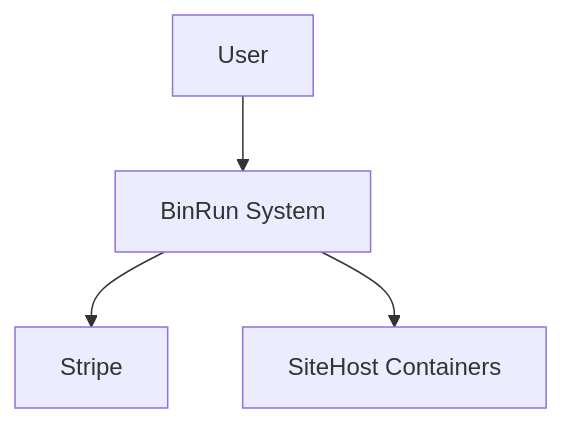
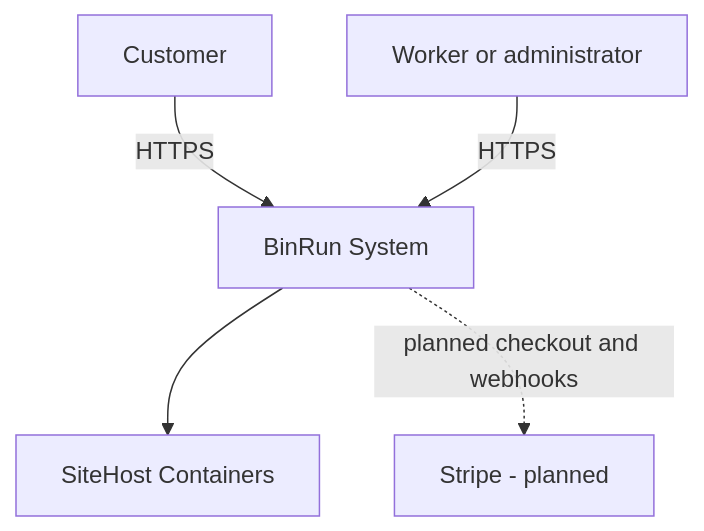
Before and after one commit to angelacollings/binrun: the diagram in docs/diagrams/context.md, drawn with Mermaid. The commit also changed other lines of this file and 5 other files, not shown here.

````diff
--- a/docs/diagrams/context.md
+++ b/docs/diagrams/context.md
@@ -5,11 +5,13 @@
 ```mermaid
 graph TD
-    User[User]
+    Customer[Customer]
+    Staff[Worker or administrator]
     BinRun[BinRun System]
-    Stripe[Stripe]
+    Stripe[Stripe - planned]
     SiteHost[SiteHost Containers]
 
-    User --> BinRun
-    BinRun --> Stripe
+    Customer -->|HTTPS| BinRun
+    Staff -->|HTTPS| BinRun
     BinRun --> SiteHost
+    BinRun -. planned checkout and webhooks .-> Stripe
 ```
````
